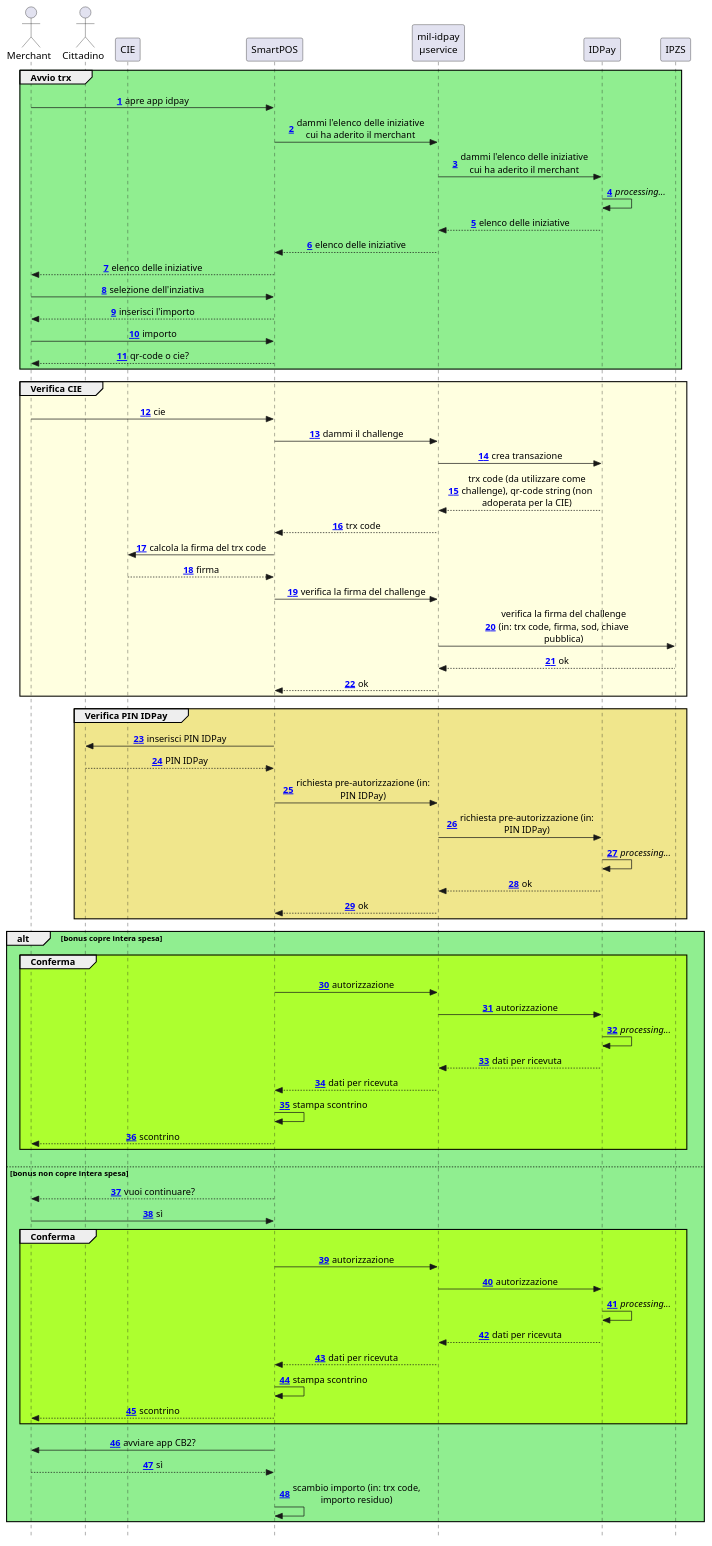
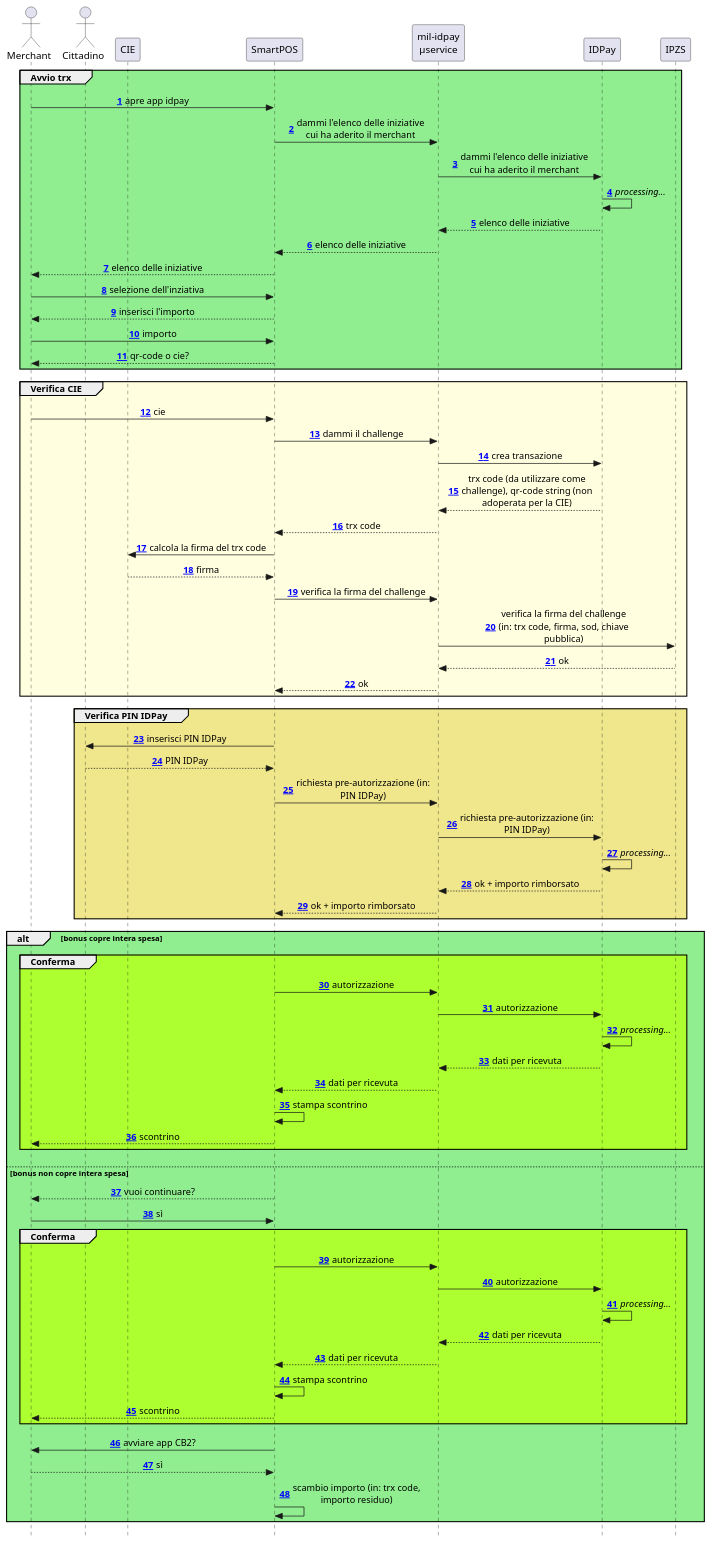
One commit to pagopa/mil-diags changed the diagram in sequence_diags/idpay/functional_overview/cie.puml. Above: the diagram before and after it, drawn with PlantUML. The commit also changed 24 other files, not shown here.

```diff
--- a/sequence_diags/idpay/functional_overview/cie.puml
+++ b/sequence_diags/idpay/functional_overview/cie.puml
@@ -1,87 +1,87 @@
 @startuml
 !pragma teoz true
 hide unlinked
 skinparam style strictuml
 skinparam maxMessageSize 200
 skinparam shadowing false
 skinparam sequenceMessageAlign center
 autonumber "<font color='blue'><b><u>##</u></b></font>"
 
 actor merchant as "Merchant"
 actor cittadino as "Cittadino"
 participant cie as "CIE"
 participant pos as "SmartPOS"
 participant io as "App IO\nEcosystem"
 participant mil as "mil-idpay\nµservice"
 participant idpay as "IDPay"
 participant ipzs as "IPZS"
 
 group #LightGreen Avvio trx
 	merchant ->  pos      : apre app idpay
 	pos      ->  mil      : dammi l'elenco delle iniziative cui ha aderito il merchant
 	mil      ->  idpay    : dammi l'elenco delle iniziative cui ha aderito il merchant
 	idpay    ->  idpay    : //processing...//
 	idpay    --> mil      : elenco delle iniziative
 	mil      --> pos      : elenco delle iniziative
 	pos      --> merchant : elenco delle iniziative
 
 	merchant ->  pos      : selezione dell'inziativa
 	pos      --> merchant : inserisci l'importo
 
 	merchant ->  pos      : importo	
 	pos      --> merchant : qr-code o cie?
 end
 
 group #LightYellow Verifica CIE
 	merchant ->  pos      : cie
 	pos      ->  mil      : dammi il challenge
 	mil      ->  idpay    : crea transazione
 	idpay    --> mil      : trx code (da utilizzare come challenge), qr-code string (non adoperata per la CIE)
 	mil      --> pos      : trx code
 	pos      ->  cie      : calcola la firma del trx code
 	cie      --> pos      : firma
 	pos      ->  mil      : verifica la firma del challenge
 	mil      ->  ipzs     : verifica la firma del challenge (in: trx code, firma, sod, chiave pubblica)
 	ipzs     --> mil      : ok
 	mil      --> pos      : ok
 end
 
 group #Khaki Verifica PIN IDPay
 	pos       ->  cittadino   : inserisci PIN IDPay
 	cittadino --> pos         : PIN IDPay
 	pos       ->  mil         : richiesta pre-autorizzazione (in: PIN IDPay)
 	mil       ->  idpay       : richiesta pre-autorizzazione (in: PIN IDPay)
 	idpay     ->  idpay       : //processing...//
-	idpay     --> mil         : ok
-	mil       --> pos         : ok
+	idpay     --> mil         : ok + importo rimborsato
+	mil       --> pos         : ok + importo rimborsato
 end
 
 alt #LightGreen bonus copre intera spesa
 	group #GreenYellow Conferma
 		pos   ->  mil      : autorizzazione
 		mil   ->  idpay    : autorizzazione
 		idpay ->  idpay    : //processing...//
 		idpay --> mil      : dati per ricevuta
 		mil   --> pos      : dati per ricevuta
 		pos   ->  pos      : stampa scontrino
 		pos   --> merchant : scontrino
 	end
 else bonus non copre intera spesa
 	pos     --> merchant : vuoi continuare?
 	merchant -> pos      : sì
 
 	group #GreenYellow Conferma
 		pos   ->  mil      : autorizzazione
 		mil   ->  idpay    : autorizzazione
 		idpay ->  idpay    : //processing...//
 		idpay --> mil      : dati per ricevuta
 		mil   --> pos      : dati per ricevuta
 		pos   ->  pos      : stampa scontrino
 		pos   --> merchant : scontrino
 	end
 
 	pos      ->  merchant : avviare app CB2?
 	merchant --> pos : sì
 	pos      ->  pos : scambio importo (in: trx code, importo residuo)
 end
 @enduml
```
